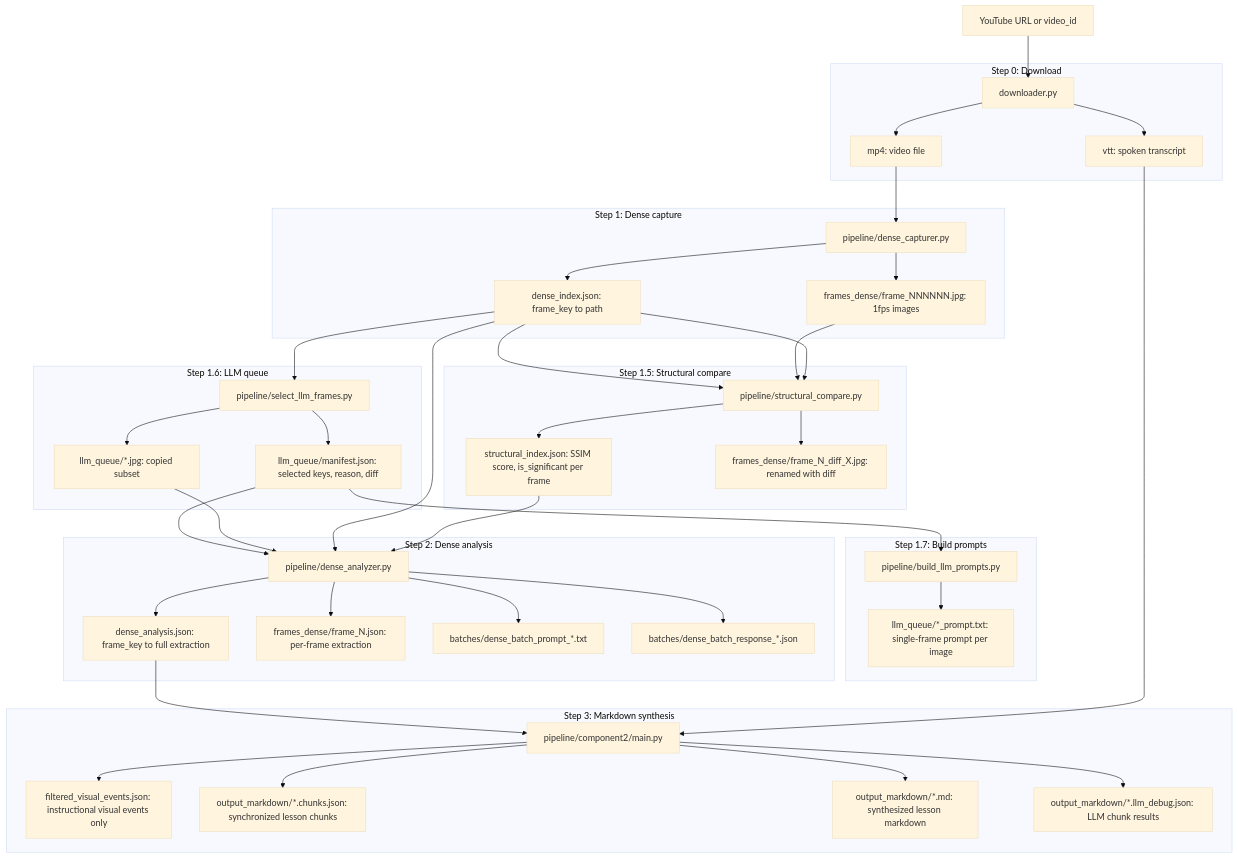
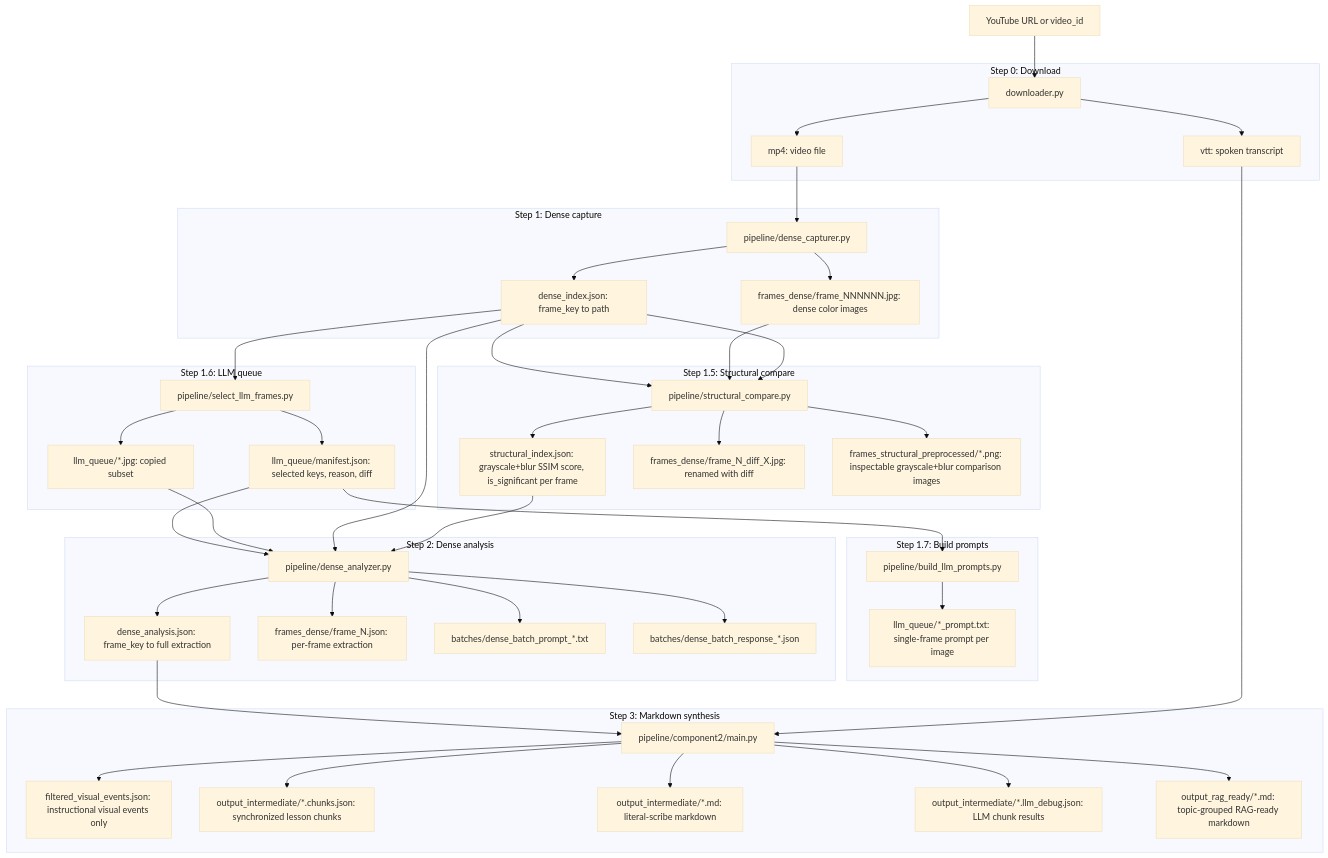
The diagram in docs/pipeline.md (PirogovClub/tim-class-pass), drawn with Mermaid (base theme) before and after one commit. The commit also changed other lines of this file and 17 other files, not shown here.

Commit message:
feat: Introduce Two-Pass LLM Architecture and enhance markdown synthesis process, adding a new module for semantic reduction and quant rule extraction. Update README and documentation to reflect changes in output structure and processing steps, including intermediate and final markdown outputs.

````diff
--- a/docs/pipeline.md
+++ b/docs/pipeline.md
@@ -63,7 +63,7 @@
   subgraph step1 [Step 1: Dense capture]
     Step1[pipeline/dense_capturer.py]
     F_dense_index["dense_index.json: frame_key to path"]
-    F_frames_jpg["frames_dense/frame_NNNNNN.jpg: 1fps images"]
+    F_frames_jpg["frames_dense/frame_NNNNNN.jpg: dense color images"]
     Step1 --> F_dense_index
     Step1 --> F_frames_jpg
   end
@@ -73,10 +73,12 @@
 
   subgraph step1_5 [Step 1.5: Structural compare]
     Step1_5[pipeline/structural_compare.py]
-    F_structural["structural_index.json: SSIM score, is_significant per frame"]
+    F_structural["structural_index.json: grayscale+blur SSIM score, is_significant per frame"]
     F_frames_renamed["frames_dense/frame_N_diff_X.jpg: renamed with diff"]
+    F_compare_artifacts["frames_structural_preprocessed/*.png: inspectable grayscale+blur comparison images"]
     Step1_5 --> F_structural
     Step1_5 --> F_frames_renamed
+    Step1_5 --> F_compare_artifacts
   end
 
   F_dense_index --> Step1_5
@@ -121,12 +123,14 @@
   subgraph step3 [Step 3: Markdown synthesis]
     Step3[pipeline/component2/main.py]
     F_filtered["filtered_visual_events.json: instructional visual events only"]
-    F_chunks["output_markdown/*.chunks.json: synchronized lesson chunks"]
-    F_markdown["output_markdown/*.md: synthesized lesson markdown"]
-    F_llm_debug["output_markdown/*.llm_debug.json: LLM chunk results"]
+    F_chunks["output_intermediate/*.chunks.json: synchronized lesson chunks"]
+    F_intermediate["output_intermediate/*.md: literal-scribe markdown"]
+    F_llm_debug["output_intermediate/*.llm_debug.json: LLM chunk results"]
+    F_rag["output_rag_ready/*.md: topic-grouped RAG-ready markdown"]
     Step3 --> F_filtered
     Step3 --> F_chunks
-    Step3 --> F_markdown
+    Step3 --> F_intermediate
     Step3 --> F_llm_debug
+    Step3 --> F_rag
   end
 ```
````
